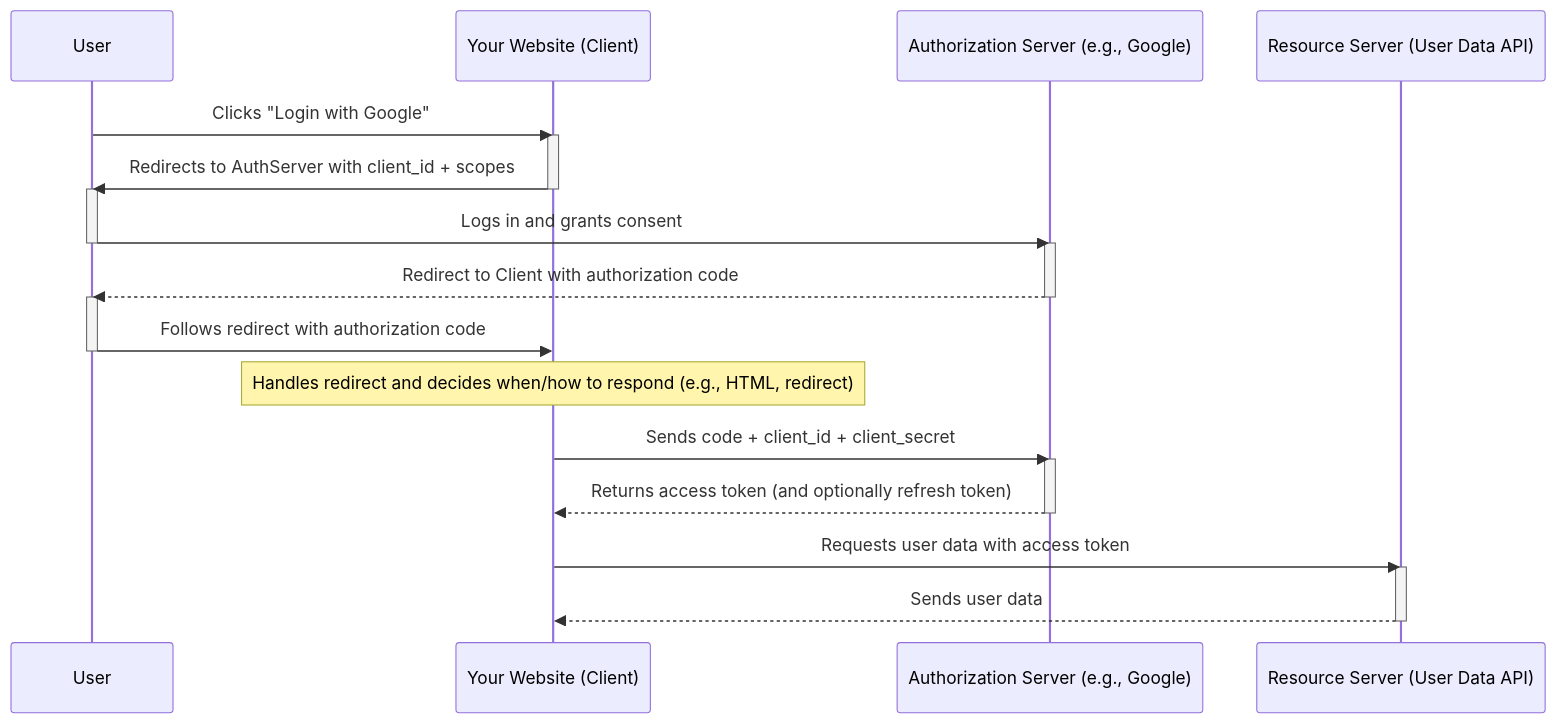
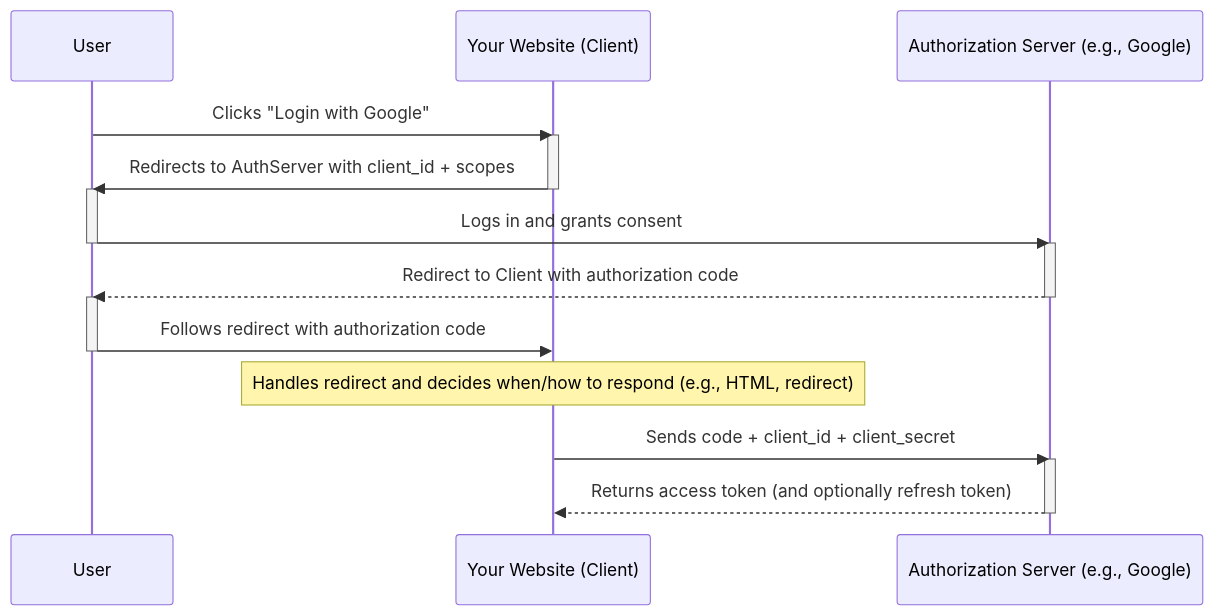
Before and after one commit to Matheus-de-Mello-Vieira/backend-knowledge: the diagram in Autentication/OAuth 2.0.md, drawn with Mermaid. The commit also changed other lines of this file and 18 other files, not shown here.

````diff
--- a/Autentication/OAuth 2.0.md
+++ b/Autentication/OAuth 2.0.md
@@ -26,36 +32,29 @@
 ```mermaid
 sequenceDiagram
     participant User
     participant Client as Your Website (Client)
     participant AuthServer as Authorization Server (e.g., Google)
-    participant ResourceServer as Resource Server (User Data API)
 
     User->>Client: Clicks "Login with Google"
     activate Client
     Client->>User: Redirects to AuthServer with client_id + scopes
     deactivate Client
 
     activate User
     User->>AuthServer: Logs in and grants consent
     deactivate User
 
     activate AuthServer
     AuthServer-->>User: Redirect to Client with authorization code
     deactivate AuthServer
 
     activate User
     User->>Client: Follows redirect with authorization code
     deactivate User
     Note over Client: Handles redirect and decides when/how to respond (e.g., HTML, redirect)
 
     Client->>AuthServer: Sends code + client_id + client_secret
     activate AuthServer
     AuthServer-->>Client: Returns access token (and optionally refresh token)
     deactivate AuthServer
-
-    Client->>ResourceServer: Requests user data with access token
-    activate ResourceServer
-    ResourceServer-->>Client: Sends user data
-    deactivate ResourceServer
-
 ```
````
